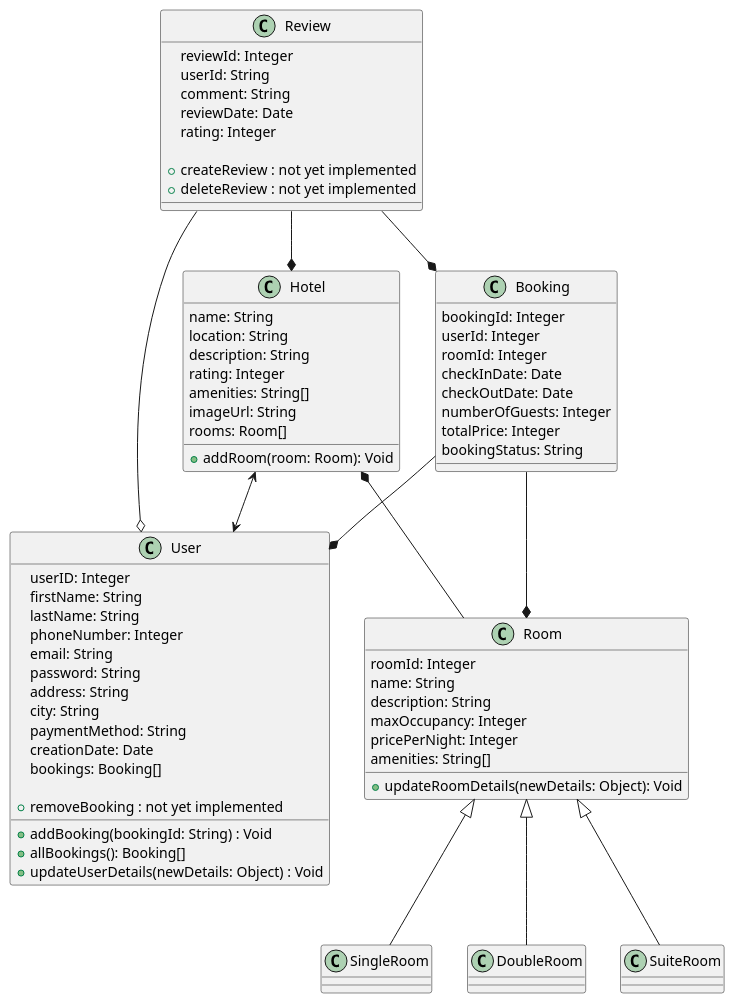
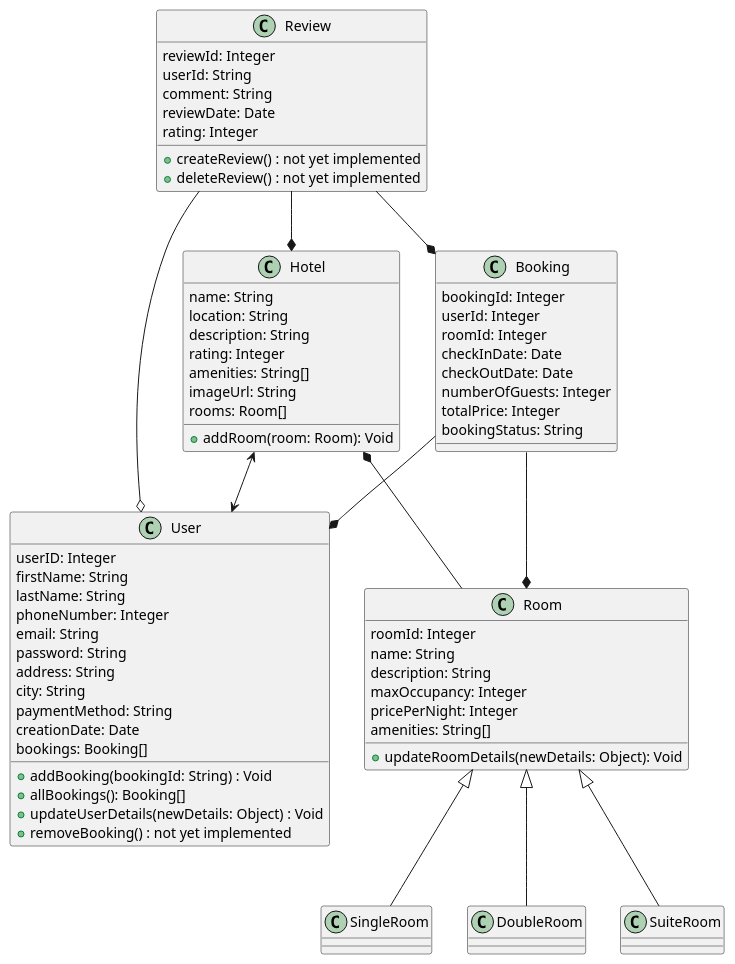
One commit to Marwerk/coyotiv-graduation-project changed the diagram in architecture/class.puml. Above: the diagram before and after it, drawn with PlantUML. The commit also changed 3 other files, not shown here.

```diff
--- a/architecture/class.puml
+++ b/architecture/class.puml
@@ -1,91 +1,91 @@
 @startuml Class Interactions
 
 
 
 Class User {
   userID: Integer
   firstName: String
   lastName: String
   phoneNumber: Integer
   email: String
   password: String
   address: String
   city: String
   paymentMethod: String
   creationDate: Date
   bookings: Booking[]
 
   + addBooking(bookingId: String) : Void
   + allBookings(): Booking[]
   + updateUserDetails(newDetails: Object) : Void
-  + removeBooking : not yet implemented
+  + removeBooking() : not yet implemented
 }
 
 Class Room {
   roomId: Integer
   name: String
   description: String
   maxOccupancy: Integer
   pricePerNight: Integer
   amenities: String[]
 
   + updateRoomDetails(newDetails: Object): Void
 }
 
 ' The Room classes are for visual representation only
 Class SingleRoom {}
 Class DoubleRoom {}
 Class SuiteRoom {}
 
 Class Booking {
   bookingId: Integer
   userId: Integer
   roomId: Integer
   checkInDate: Date
   checkOutDate: Date
   numberOfGuests: Integer
   totalPrice: Integer
   bookingStatus: String
 }
 
 Class Hotel {
   name: String
   location: String
   description: String
   rating: Integer
   amenities: String[]
   imageUrl: String
   rooms: Room[]
 
   + addRoom(room: Room): Void
 }
 
 Class Review {
   reviewId: Integer
   userId: String
   comment: String
   reviewDate: Date
   rating: Integer
 
-  + createReview : not yet implemented
-  + deleteReview : not yet implemented
+  + createReview() : not yet implemented
+  + deleteReview() : not yet implemented
 }
 
 Hotel <--> User
 Hotel *-- Room
 Room <|-- SingleRoom
 Room <|-- DoubleRoom
 Room <|-- SuiteRoom
 ' a Booking cannot exist without a user and a room
 Booking --* User
 Booking --* Room
 ' A review can exist independent of the user
 Review --o User
 ' A review cannot exist without a hotel to review (:
 Review --* Hotel
 ' A review cannot exist without a booking
 Review --* Booking
 
 
 
 @enduml
```
